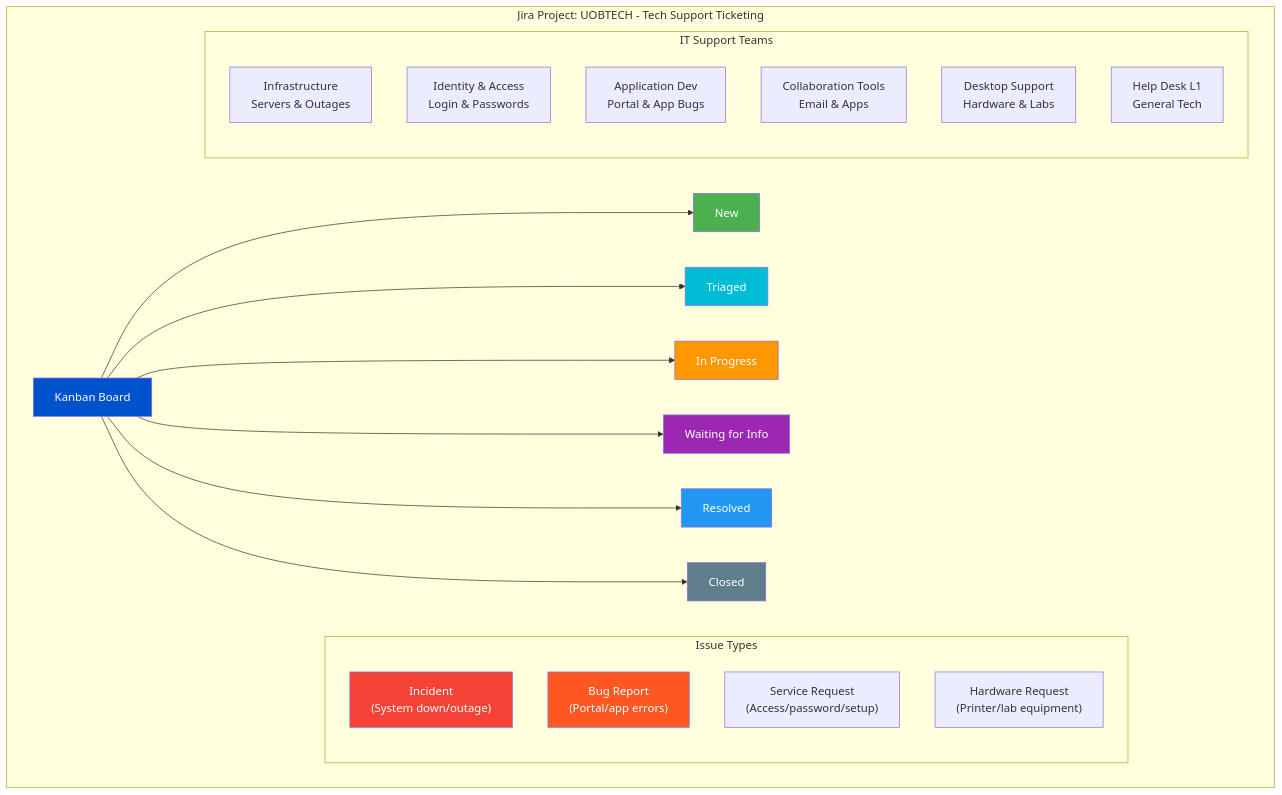
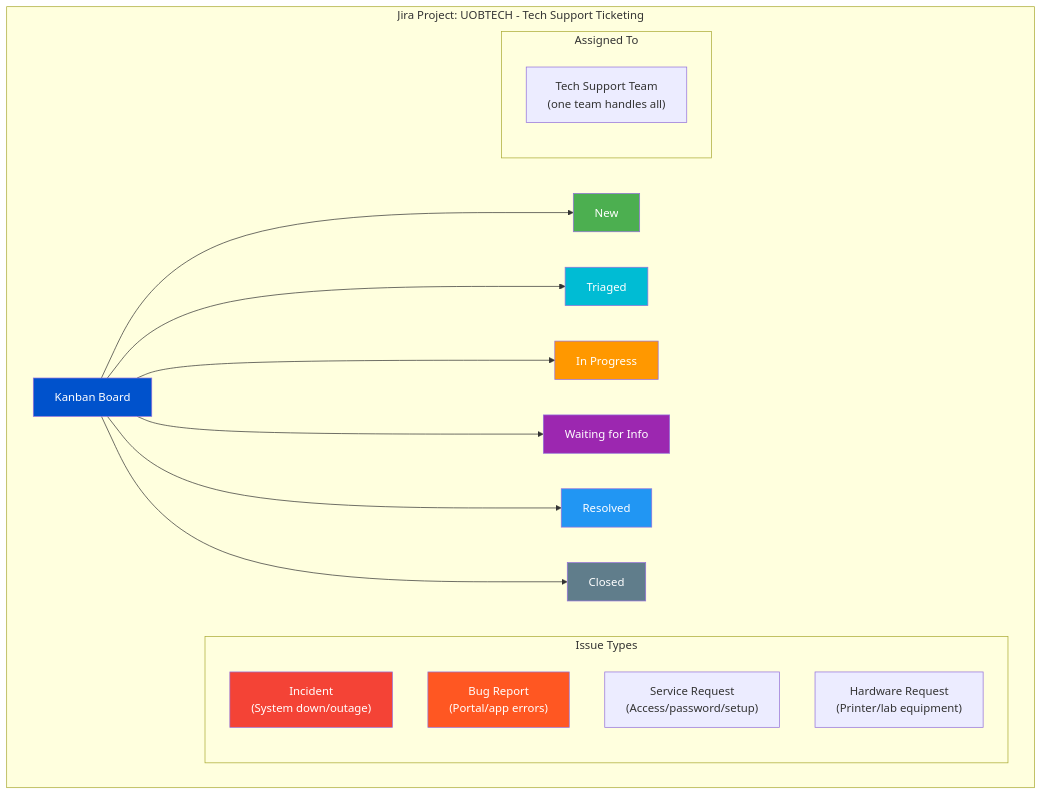
One commit to xAbdullaShaker/Jira-AI changed the tenth of 13 diagrams in ARCHITECTURE.md. Above: the diagram before and after it, drawn with Mermaid. The commit also changed other lines of this file and 1 other file, not shown here.

First line of the commit message:
Simplify to one tech support team — no sub-teams

````diff
--- a/ARCHITECTURE.md
+++ b/ARCHITECTURE.md
@@ -293,39 +295,34 @@
 ```mermaid
 graph TD
     subgraph JiraProject["Jira Project: UOBTECH - Tech Support Ticketing"]
         Board[Kanban Board]
         
         Board --> New[New]
         Board --> Triaged[Triaged]
         Board --> InProgress[In Progress]
         Board --> Waiting[Waiting for Info]
         Board --> Resolved[Resolved]
         Board --> Closed[Closed]
         
         subgraph IssueTypes["Issue Types"]
             Incident["Incident\n(System down/outage)"]
             Bug["Bug Report\n(Portal/app errors)"]
             SR["Service Request\n(Access/password/setup)"]
             HW["Hardware Request\n(Printer/lab equipment)"]
         end
         
-        subgraph ITTeams["IT Support Teams"]
-            Infra["Infrastructure\nServers & Outages"]
-            IAM["Identity & Access\nLogin & Passwords"]
-            AppDev["Application Dev\nPortal & App Bugs"]
-            Collab["Collaboration Tools\nEmail & Apps"]
-            Desktop["Desktop Support\nHardware & Labs"]
-            L1["Help Desk L1\nGeneral Tech"]
+        subgraph ITTeam["Assigned To"]
+            TechSupport["Tech Support Team\n(one team handles all)"]
         end
     end
 
     style Board fill:#0052CC,color:#fff
     style New fill:#4CAF50,color:#fff
     style Triaged fill:#00BCD4,color:#fff
     style InProgress fill:#FF9800,color:#fff
     style Waiting fill:#9C27B0,color:#fff
     style Resolved fill:#2196F3,color:#fff
     style Closed fill:#607D8B,color:#fff
     style Incident fill:#f44336,color:#fff
     style Bug fill:#FF5722,color:#fff
 ```
````
